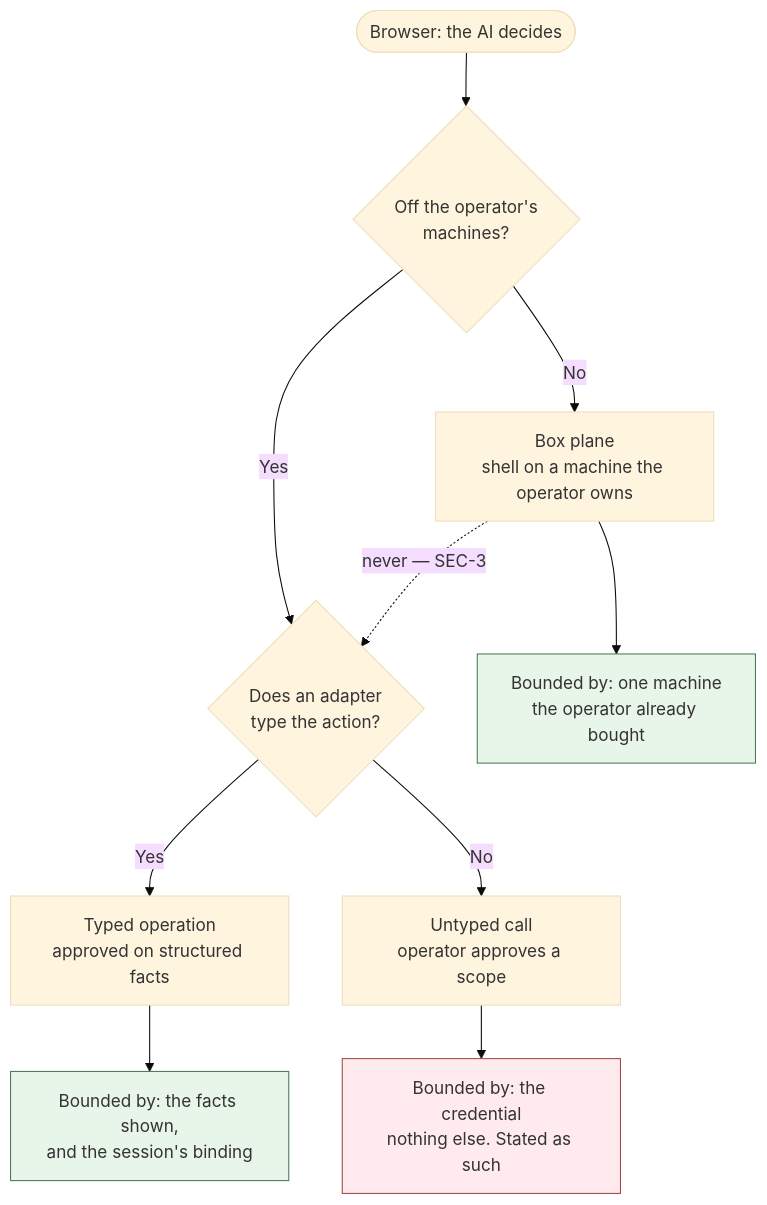
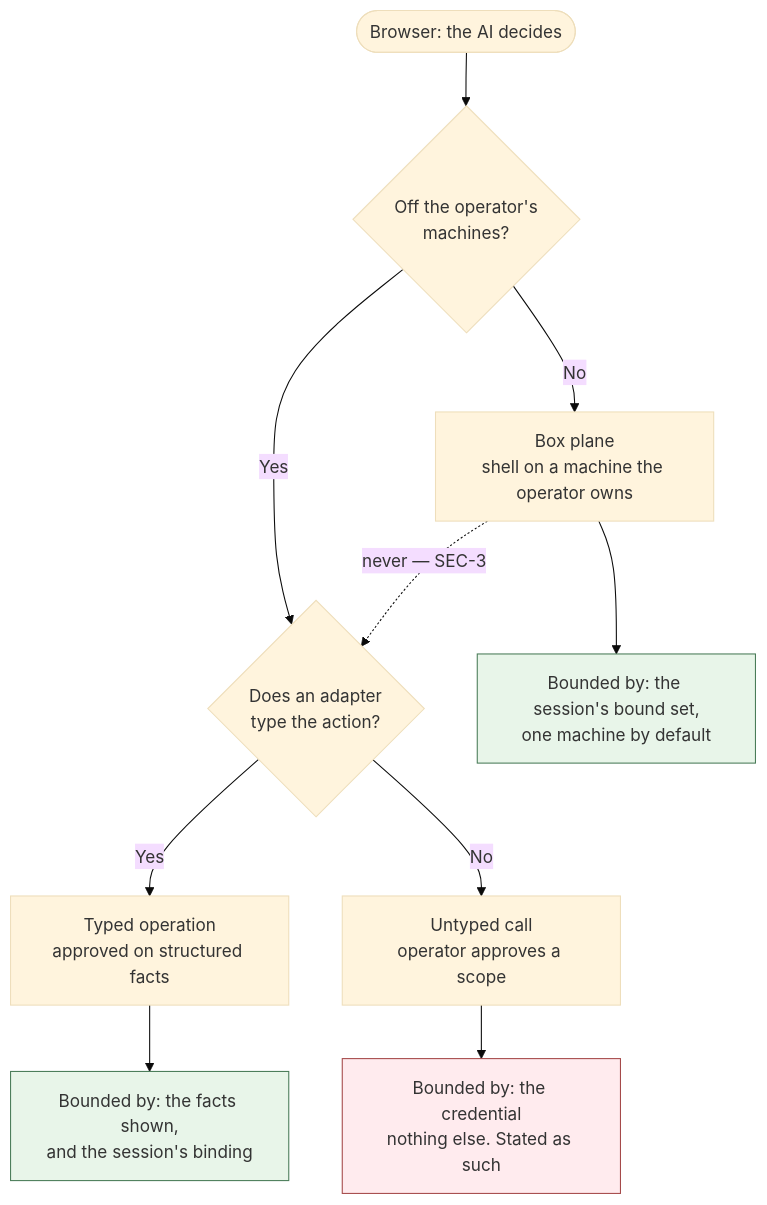
The first of 3 diagrams in 01-architecture.md (douglaz/tau-web-spec), drawn with Mermaid (base theme) before and after one commit. The commit also changed other lines of this file and 42 other files, not shown here.

````diff
--- a/01-architecture.md
+++ b/01-architecture.md
@@ -77,16 +122,16 @@
 ```mermaid
 flowchart TD
     B([Browser: the AI decides]) --> Q{Off the operator's<br/>machines?}
     Q -->|No| BOX["Box plane<br/>shell on a machine the operator owns"]
     Q -->|Yes| CLOUD{Does an adapter<br/>type the action?}
     CLOUD -->|Yes| TYPED["Typed operation<br/>approved on structured facts"]
     CLOUD -->|No| UNTYPED["Untyped call<br/>operator approves a scope"]
-    BOX --> BB["Bounded by: one machine<br/>the operator already bought"]
+    BOX --> BB["Bounded by: the session's bound set,<br/>one machine by default"]
     TYPED --> TB["Bounded by: the facts shown,<br/>and the session's binding"]
     UNTYPED --> UB["Bounded by: the credential<br/>nothing else. Stated as such"]
     BOX -.->|"never — SEC-3"| CLOUD
     classDef bound fill:#e8f5e9,stroke:#4a7c59
     classDef unbound fill:#ffebee,stroke:#a54a4a
     class BB,TB bound
     class UB unbound
 ```
````
